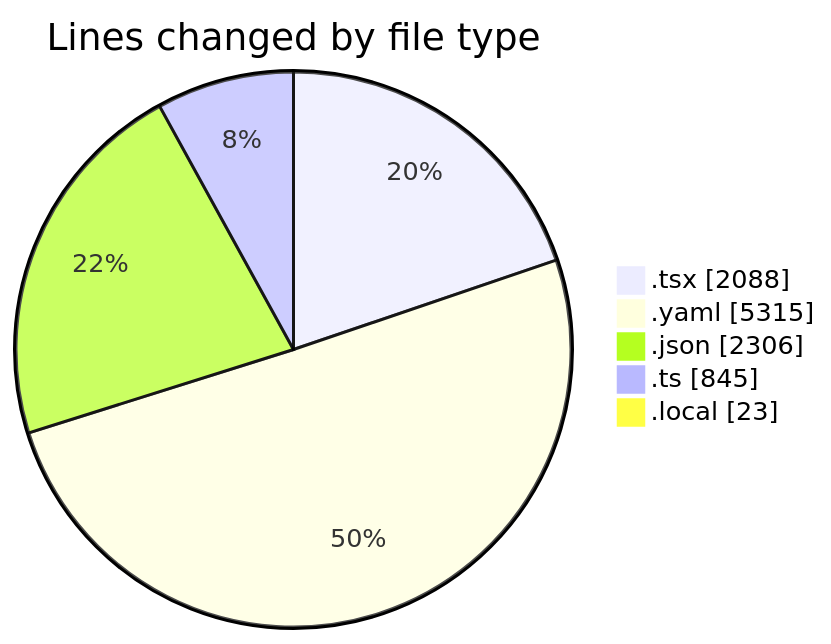
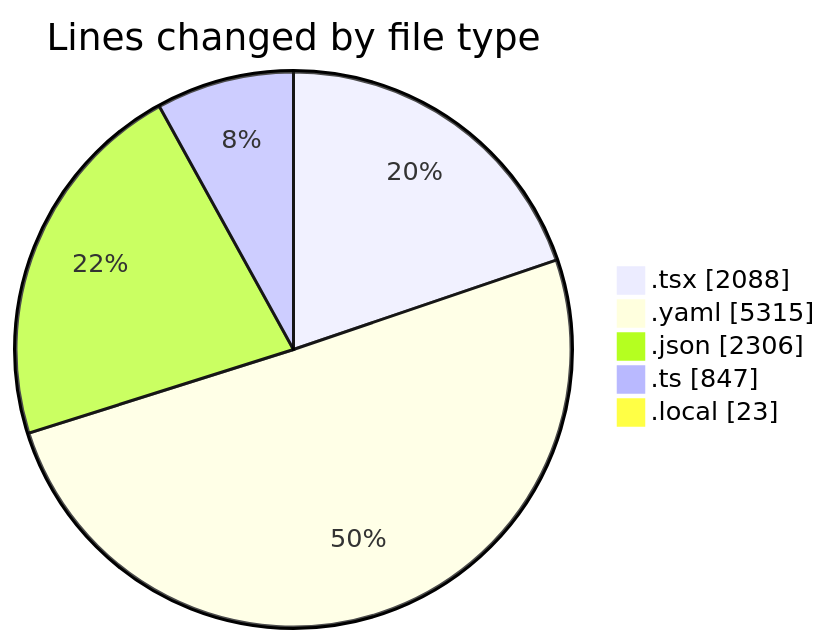
The first of 2 diagrams in 2025-11-07/eventscop-frontend-guide__workspace_/README.md (julien-gomy/code-tracking), drawn with Mermaid before and after one commit. The commit also changed other lines of this file and 1 other file, not shown here.

````diff
--- a/2025-11-07/eventscop-frontend-guide__workspace_/README.md
+++ b/2025-11-07/eventscop-frontend-guide__workspace_/README.md
@@ -49,9 +49,9 @@
 ```mermaid
 pie showData
 title Lines changed by file type
 ".tsx" : 2088
 ".yaml" : 5315
 ".json" : 2306
-".ts" : 845
+".ts" : 847
 ".local" : 23
 ```
````
